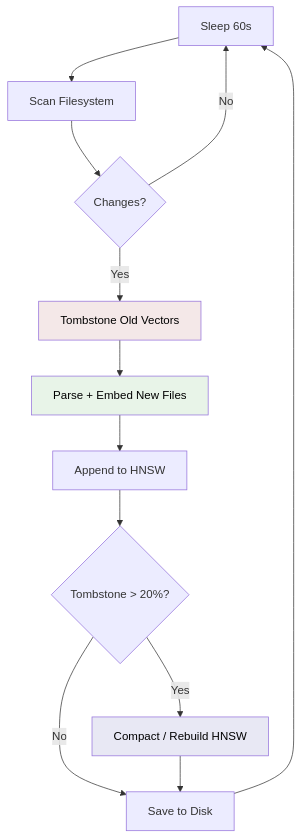
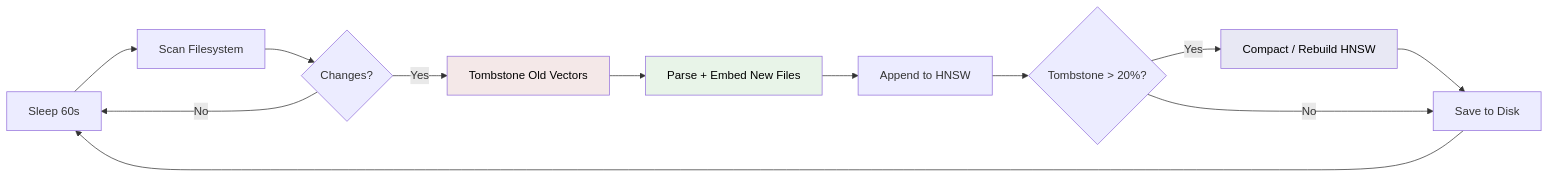
Before and after one commit to krejcif/magector: the eighth of 11 diagrams in README.md, drawn with Mermaid. The commit also changed other lines of this file and 3 other files, not shown here.

````diff
--- a/README.md
+++ b/README.md
@@ -665,18 +665,13 @@
 ```mermaid
-flowchart TD
-  W1[Sleep 60s] --> W2[Scan Filesystem]
-  W2 --> W3{Changes?}
+flowchart LR
+  W1["Sleep 60s"] --> W2["Scan Filesystem"] --> W3{"Changes?"}
   W3 -->|No| W1
-  W3 -->|Yes| W4[Tombstone Old Vectors]
-  W4 --> W5[Parse + Embed New Files]
-  W5 --> W6[Append to HNSW]
-  W6 --> W7{Tombstone > 20%?}
-  W7 -->|Yes| W8[Compact / Rebuild HNSW]
-  W7 -->|No| W9[Save to Disk]
-  W8 --> W9
+  W3 -->|Yes| W4["Tombstone Old Vectors"] --> W5["Parse + Embed New Files"] --> W6["Append to HNSW"] --> W7{"Tombstone > 20%?"}
+  W7 -->|Yes| W8["Compact / Rebuild HNSW"] --> W9["Save to Disk"]
+  W7 -->|No| W9
   W9 --> W1
 
   style W4 fill:#f4e8e8,color:#000
   style W5 fill:#e8f4e8,color:#000
   style W8 fill:#e8e8f4,color:#000
 ```
````
